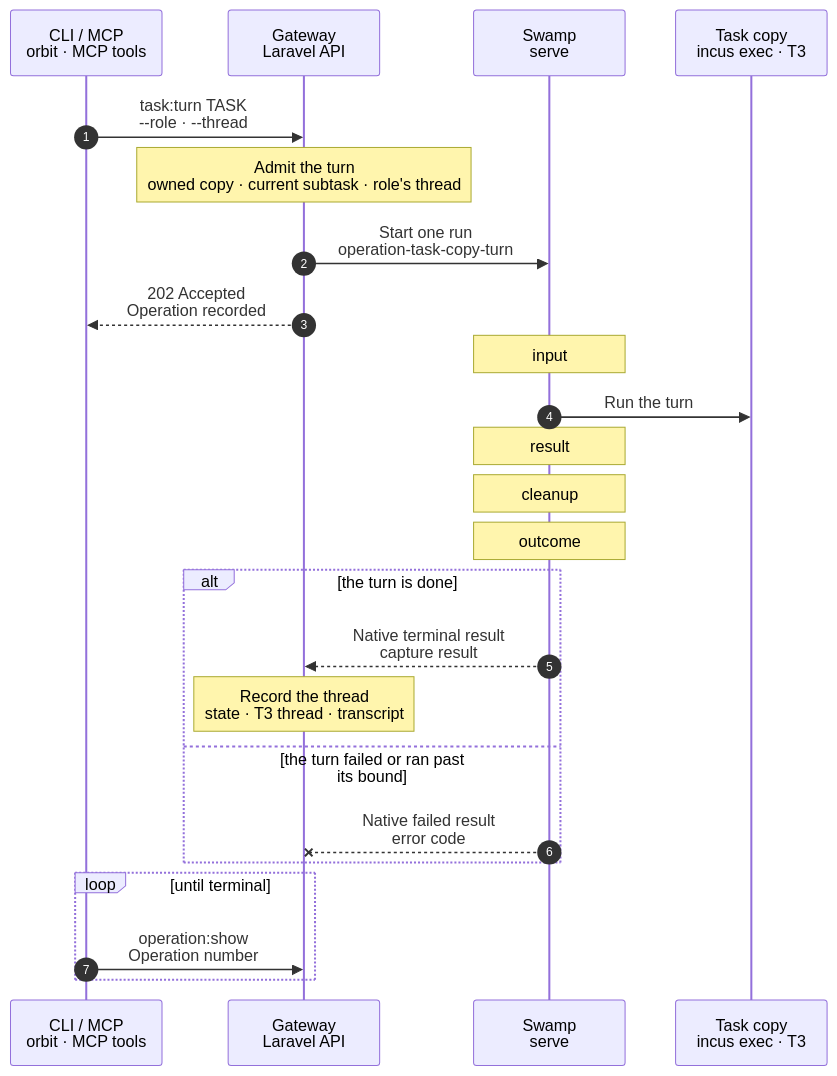
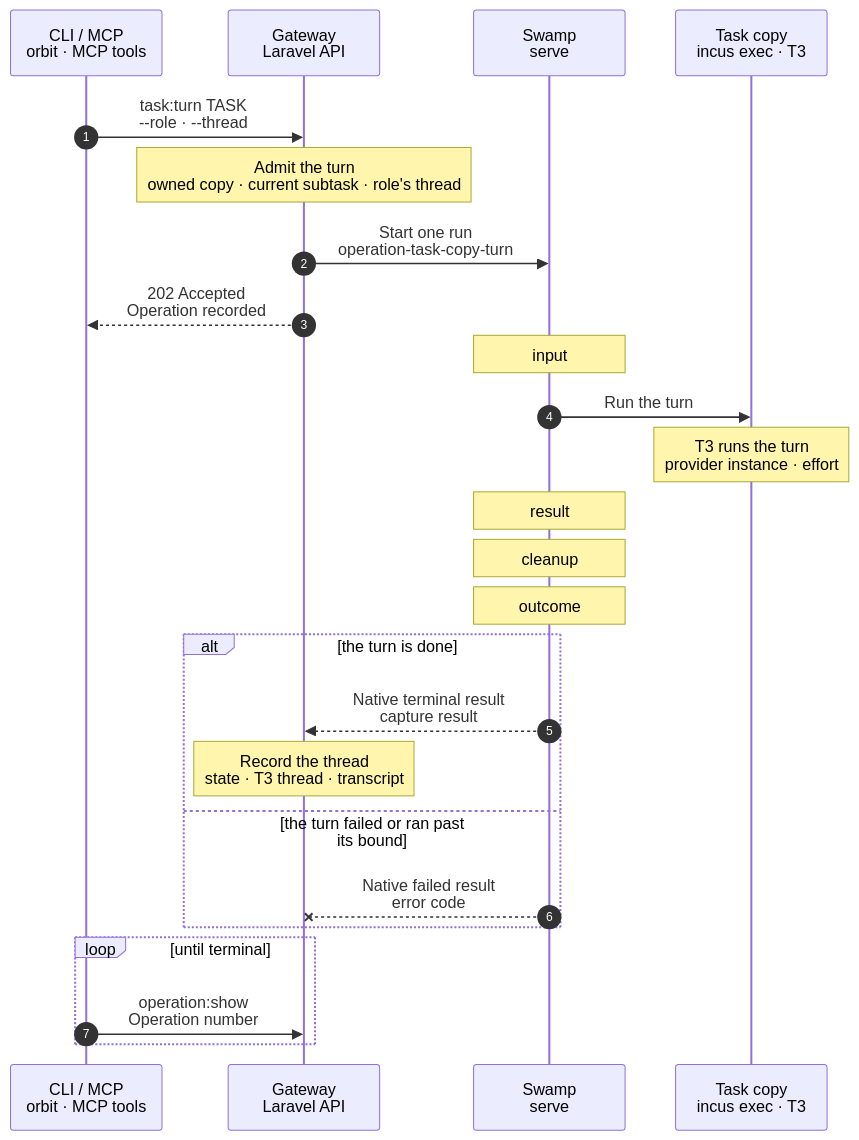
One commit to hardimpactdev/orbit changed the diagram in docs/cli/task/copy-turn.mmd. Above: the diagram before and after it, drawn with Mermaid. The commit also changed 5 other files, not shown here.

First line of the commit message:
docs(tasks): copy turns continue by default and run at their role's effort

```diff
--- a/docs/cli/task/copy-turn.mmd
+++ b/docs/cli/task/copy-turn.mmd
@@ -1,77 +1,85 @@
 sequenceDiagram
-  %% Target design (orchestrator, 2026-11-13, plan A; 2026-11-14 one ongoing thread per role): a turn of a task that runs in a copy of its Project's default Instance. Swamp runs T3's own CLI in the copy as agent; stock T3 accepts only full-access MCP sessions it issues itself, so no T3 session leaves the container. The implementer and the reviewer each keep one T3 thread that later turns continue.
+  %% Target design (orchestrator, 2026-11-13, plan A; 2026-11-14 one ongoing thread per role, continued by default, effort per role through T3 provider instances): a turn of a task that runs in a copy of its Project's default Instance. Swamp runs T3's own CLI in the copy as agent; stock T3 accepts only full-access MCP sessions it issues itself, so no T3 session leaves the container. The implementer and the reviewer each keep one T3 thread that later turns continue.
   %% status: draft
   %% command: task:turn
   %% kind: tasks.copy_turn
   autonumber
   %% lane CLI icon=terminal pill=caller tone=gray
   %% lane GW icon=gateway pill=intent tone=blue
   %% lane SW icon=workflow pill=executes tone=green
   %% lane N icon=server pill=target tone=amber
   participant CLI as CLI / MCP<br/>orbit · MCP tools
   participant GW as Gateway<br/>Laravel API
   participant SW as Swamp<br/>serve
   participant N as Task copy<br/>incus exec · T3
   CLI->>GW: task:turn TASK<br/>--role · --thread
   %%> Command:
-  %%> - `orbit task:turn SUBTASK --role=implementer --prompt="Run Doctor and commit a note." --thread=new`
-  %%> - `orbit task:turn SUBTASK --role=implementer --prompt="Fix the failing test." --thread=THREAD`
-  %%> - `orbit task:turn SUBTASK --role=reviewer --prompt="Review the checked commit." --thread=new --check=CHECK`
+  %%> - `orbit task:turn SUBTASK --role=implementer --prompt="Run Doctor and commit a note."`
+  %%> - `orbit task:turn SUBTASK --role=implementer --prompt="Start over from the brief." --thread=new`
+  %%> - `orbit task:turn SUBTASK --role=reviewer --prompt="Review the checked commit." --check=CHECK`
   Note over GW: Admit the turn<br/>owned copy · current subtask · role's thread
   %%> What it does:
   %%> - a group that owns a task copy, or whose Project has `nested_fleet` on, turns in its copy as `tasks.copy_turn`; every other group takes the task VM turn (`turn.mmd`). A nested-fleet group without a copy refuses here with `tasks.no_workspace`
-  %%> - composes the prompt as for a task VM turn: the title, brief and deliverables of the subtask, then the caller's prompt
-  %%> - `--thread=new` records a new thread of the role with the driver `t3`, the copy's Node and the role's copy model: `ORBIT_TASKS_COPY_IMPLEMENTER_MODEL` or `ORBIT_TASKS_COPY_REVIEWER_MODEL`, each `claudeAgent/claude-opus-5-5` by default. T3's CLI takes no effort, so T3 picks it
-  %%> - `--thread=ID` continues that thread: the same T3 conversation, with its model. The implementer's thread goes on the subtask, the reviewer's on the group
-  %%> - a reviewer turn names the subtask's checked candidate with `--check`, as on a task VM; the commit goes into the intent
-  %%> - the intent names the copy's container, the T3 command, whether the turn starts or continues its thread, the model, the 3,600 s bound and a title that names the Orbit thread; no credential and no vault key
+  %%> - composes the prompt as for a task VM turn: the title, brief and deliverables of the subtask, then the caller's prompt. A reviewer's prompt also names the checked commit
+  %%> - without `--thread`, the turn continues its role's thread: the implementer's thread of the current subtask, or the group's reviewer thread, when it is a `t3` thread of this copy. A role with no such thread starts one. `--thread=new` starts a new one; `--thread=ID` must name the thread the turn would continue
+  %%> - a new thread records the driver `t3`, the copy's Node, the role's copy model (`ORBIT_TASKS_COPY_IMPLEMENTER_MODEL` or `ORBIT_TASKS_COPY_REVIEWER_MODEL`, each `claude-opus-5-5` by default) and the role's effort (`ORBIT_TASKS_IMPLEMENTER_EFFORT`, default `medium`, or `ORBIT_TASKS_REVIEWER_EFFORT`, default `high`). The T3 provider instance of that effort carries it, as `claudeMedium` or `claudeHigh`
+  %%> - a continued thread keeps its model and effort: T3 keeps the thread's provider instance
+  %%> - a reviewer turn names the subtask's checked candidate with `--check`, as on a task VM; the commit goes into the turn
+  %%> - the intent names the copy's container, the T3 command, whether the turn starts or continues its thread, the provider instance and model, the candidate, the 3,600 s bound and a title that names the Orbit thread; no credential and no vault key
   %%> Requirements:
   %%> - the group owns its copy and the copy is `active`; otherwise `tasks.no_workspace` or `tasks.copy_not_ready`, and nothing is recorded
   %%> - an implementer or reviewer turn with no caller's model; a consult or `--model` answers `tasks.copy_turn_unsupported`
-  %%> - a continued thread is a `t3` thread of this group, role and copy; otherwise `tasks.thread_role_mismatch`
+  %%> - `--thread=ID` names the role's thread that the turn would continue; otherwise `tasks.thread_role_mismatch`
   %%> - a reviewer's check is the subtask's checked candidate; otherwise `tasks.commit_not_checked`
-  %%> - the role's copy model reads `PROVIDER/MODEL`; otherwise `tasks.copy_turn_model_invalid`
+  %%> - the role's copy model is a model name, and the role's effort is `low`, `medium`, `high`, `xhigh` or `max`; otherwise `tasks.copy_turn_model_invalid` or `tasks.copy_turn_effort_invalid`
   %%> - no other Operation of the group runs; otherwise `operation.target_busy`
-  %%> - no earlier turn of the group may still run in the copy: a turn whose run started but whose result does not show T3's run over answers `tasks.copy_turn_unended` with its Operation in `details.operation_id`; a check of the copy refuses the same way, until `task:cancel`
+  %%> - no earlier turn of the group may still run in the copy: the latest turn of each thread whose run started but whose result does not show T3's run over answers `tasks.copy_turn_unended` with its Operation in `details.operation_id`; a check of the copy refuses the same way, until `task:cancel`. One case passes: a turn that ended `waiting` for an answer does not hold a turn that continues its own thread, so the answer can be sent
   GW->>SW: Start one run<br/>operation-task-copy-turn
   GW-->>CLI: 202 Accepted<br/>Operation recorded
   %%> Result:
   %%> - follow the Operation while Swamp runs the turn
   Note over SW: input
   %%> What it does:
   %%> - writes the copy's container, the SSH target and the turn into the private run folder
   SW->>N: Run the turn
   %%> What it does:
   %%> - one Ansible phase on the copy's Node: `incus exec` into the copy, then `runuser -u agent`, non-login, with the agent's groups
   %%> - first one `true` in the copy: a copy the phase cannot reach fails before anything is launched, so its group stays free
-  %%> - a continued turn first finds its T3 thread by its title with `t3 thread list`; when T3 holds not exactly one, the phase fails with `tasks.copy_thread_missing` before anything is launched
+  %%> - a continued turn first finds its T3 thread by its title with `t3 thread list`. A list that fails or is not JSON fails with `tasks.copy_turn_failed`; when T3 holds not exactly one thread of the title, the phase fails with `tasks.copy_thread_missing`. Nothing is launched
+  %%> - a reviewer turn then requires a clean checkout on a branch and checks the candidate out, detached; a checkout with changes fails with `tasks.copy_tree_dirty` before anything is launched
   %%> - a new thread: `t3 thread start --provider --model --title --wait --json /srv/workspace -`; a continued one: `t3 thread send --wait --json THREAD -`. The prompt goes on stdin, bounded by `timeout` at 3,600 s
-  %%> - `t3 thread list` finds the thread by its title, also when the bound cut the wait; `t3 thread show --json` reads it back
-  %%> - writes each evidence file as soon as its command ends: the thread found to continue, the launch mark, the start's end, the read; a cut phase still tells whether a turn was launched
+  %%> - `t3 thread list` finds the thread by its title, also when the bound cut the wait; `t3 thread show --json` reads it back. Each read is bounded at 60 s
+  %%> - after a reviewer turn, also a failed or cut one, the phase discards what the reviewer changed and checks the branch out again, then reads that the checkout is clean on its branch
+  %%> - writes each evidence file as soon as its command ends: the thread found to continue, the reviewer's checkout, the launch mark, the start's end, the read, the restore; a cut phase still tells whether a turn was launched
   %%> - T3's CLI issues its own full-access session inside the copy and revokes it when it exits; the replies stay in the run folder, never in a log
+  Note over N: T3 runs the turn<br/>provider instance · effort
+  %%> What it does:
+  %%> - the copy's T3 settings hold one `claudeAgent` provider instance per effort level, `claudeLow` to `claudeMax`, each with `CLAUDE_CODE_EFFORT_LEVEL` in its environment; the copy's create writes them
+  %%> - Claude Code takes that variable over any other effort for the session, so the thread runs at its recorded effort
   Note over SW: result
   %%> What it does:
   %%> - maps the run's status: `completed` is done, `waiting` asks for input, any other status fails with `tasks.turn_failed`, a cut wait fails with `tasks.turn_timeout`, a start that T3 refused fails with `tasks.copy_turn_failed`, a thread to continue that T3 does not hold fails with `tasks.copy_thread_missing`
+  %%> - a reviewer turn whose run T3 ended done or waiting, but whose checkout is not clean on its branch again, fails with `tasks.copy_review_unrestored`; a failed run keeps its own error
   %%> - keeps the message text of the thread, all its turns, redacted and bounded to 256 KiB with the newest kept; T3's CLI gives no tool items and no token use
   %%> - records whether T3's run is over: nothing was launched, the start printed an end other than a wait for an answer, or T3 lists no thread of this title or lists it in no active state
   Note over SW: cleanup
   %%> What it does:
   %%> - removes the private run folder
   Note over SW: outcome
   %%> What it does:
   %%> - native assert: the turn is done
   alt the turn is done
     SW-->>GW: Native terminal result<br/>capture result
     Note over GW: Record the thread<br/>state · T3 thread · transcript
     %%> Result:
     %%> - the thread's state and error, T3's thread id as its external id, and the transcript in the Gateway's archive: `task:agent:show` reads it after the copy is gone
     %%> - token metrics stay null
   else the turn failed or ran past its bound
     SW--xGW: Native failed result<br/>error code
     %%> Result:
     %%> - the thread is `failed` with T3's status as its error, and the transcript T3 had
     %%> - a turn cut by its bound, a cancelled turn or a lost phase may still run in the copy: the stock CLI cannot stop a run. The group then refuses more turns and checks with `tasks.copy_turn_unended`; `task:cancel` destroys the copy, and the run ends with it
   end
   loop until terminal
     CLI->>GW: operation:show<br/>Operation number
   end
```
